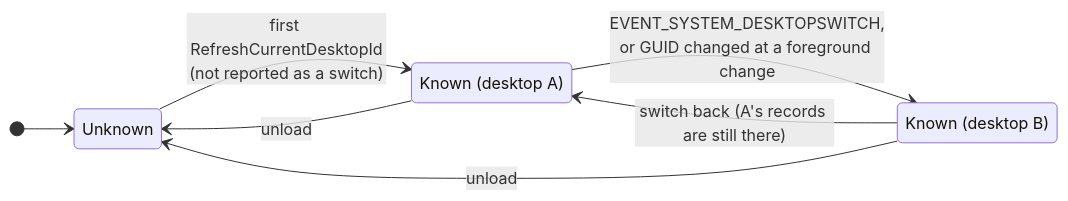
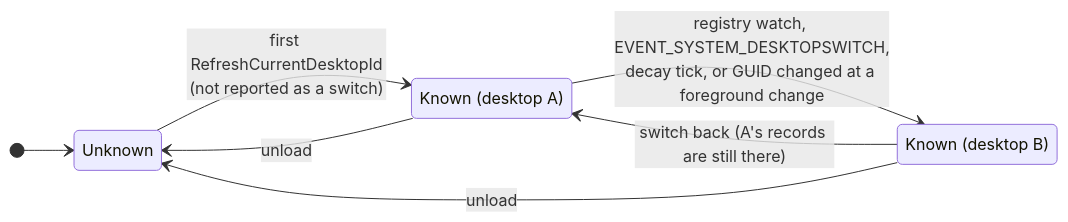
Diagram 11 of 18 in doc/code/state-machines.md (jvlasek/taskbar-recent-focus-highlight), drawn with Mermaid before and after one commit. The commit also changed other lines of this file and 13 other files, not shown here.

````diff
--- a/doc/code/state-machines.md
+++ b/doc/code/state-machines.md
@@ -404,13 +414,13 @@
 ```mermaid
 stateDiagram-v2
     direction LR
     state "Unknown" as U
     state "Known (desktop A)" as A
     state "Known (desktop B)" as B
     [*] --> U
     U --> A : first RefreshCurrentDesktopId<br/>(not reported as a switch)
-    A --> B : EVENT_SYSTEM_DESKTOPSWITCH,<br/>or GUID changed at a foreground change
+    A --> B : registry watch, EVENT_SYSTEM_DESKTOPSWITCH,<br/>decay tick, or GUID changed at a foreground change
     B --> A : switch back (A's records are still there)
     A --> U : unload
     B --> U : unload
 ```
````
